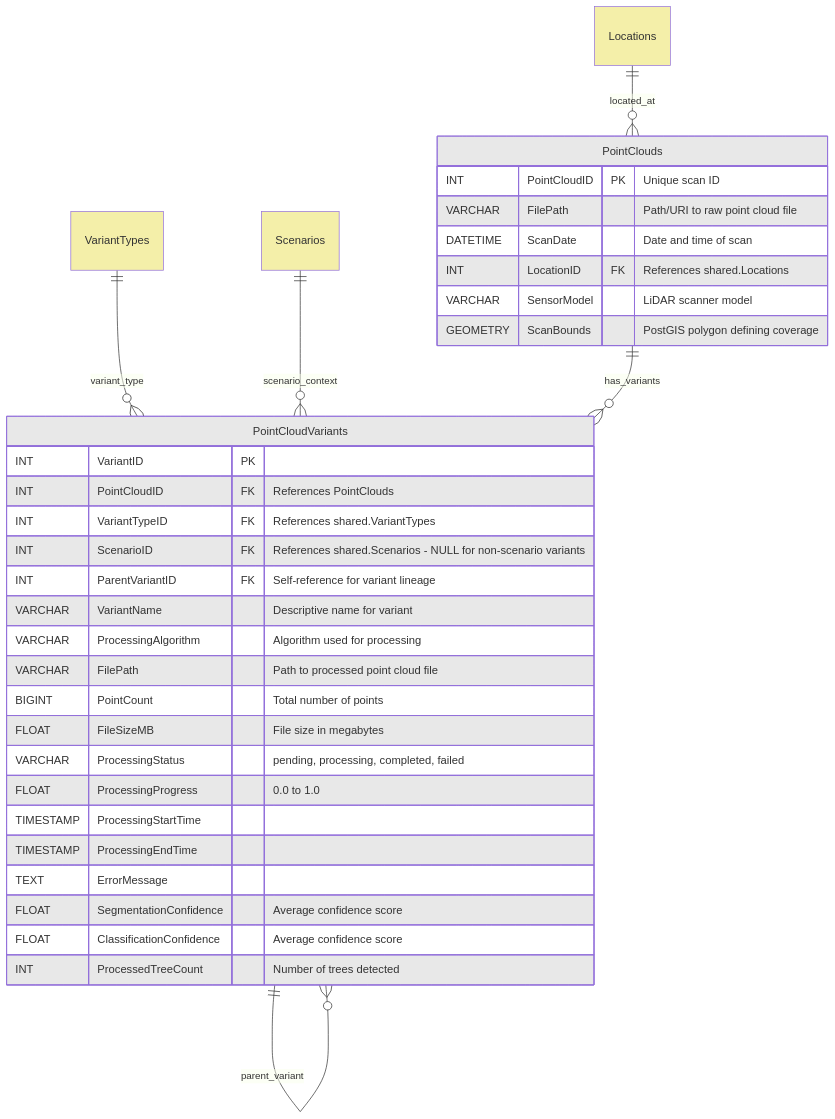
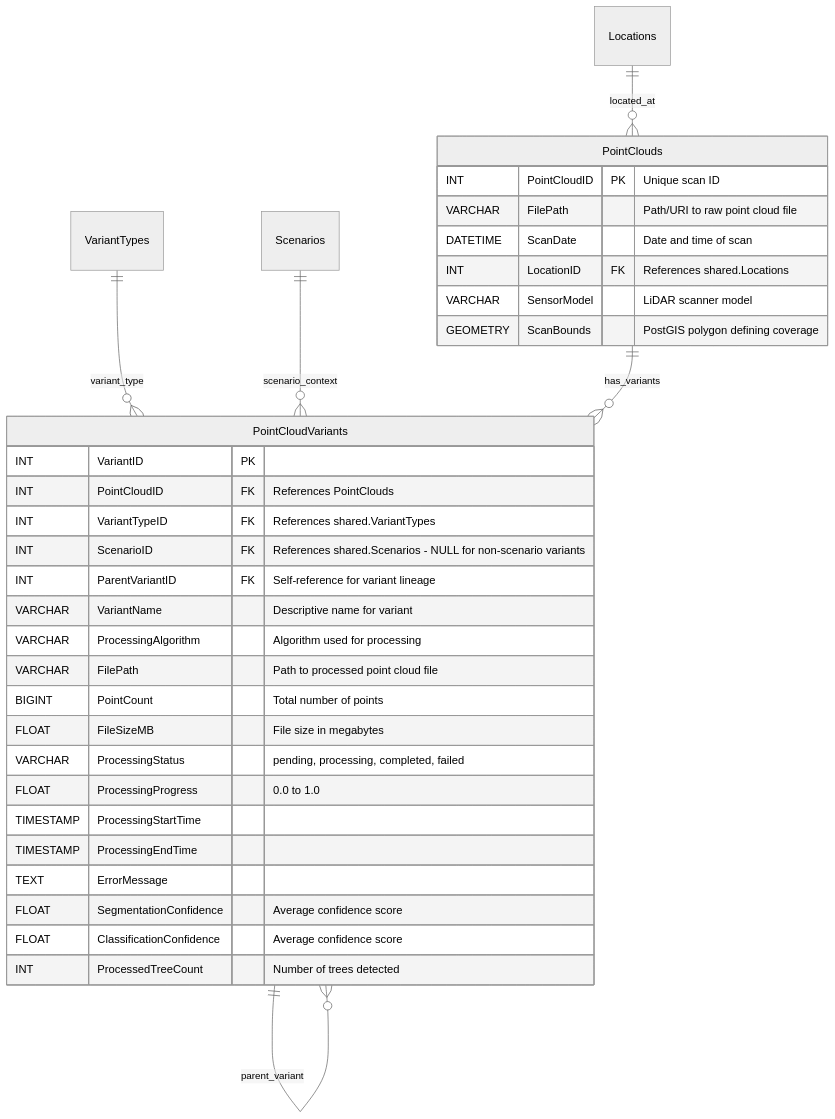
One commit to XRFutureForests/digital-twin-db changed the fifth of 8 diagrams in docs/architecture/database.md. Above: the diagram before and after it, drawn with Mermaid. The commit also changed other lines of this file and 3 other files, not shown here.

````diff
--- a/docs/architecture/database.md
+++ b/docs/architecture/database.md
@@ -154,47 +194,45 @@
 ```mermaid
+%%{init: {
+  "theme": "neutral"
+}}%%
 erDiagram
     Locations
     VariantTypes
     Scenarios
 
     PointClouds {
         INT PointCloudID PK "Unique scan ID"
         VARCHAR FilePath "Path/URI to raw point cloud file"
         DATETIME ScanDate "Date and time of scan"
         INT LocationID FK "References shared.Locations"
         VARCHAR SensorModel "LiDAR scanner model"
         GEOMETRY ScanBounds "PostGIS polygon defining coverage"
     }
 
     PointCloudVariants {
         INT VariantID PK
         INT PointCloudID FK "References PointClouds"
         INT VariantTypeID FK "References shared.VariantTypes"
         INT ScenarioID FK "References shared.Scenarios - NULL for non-scenario variants"
         INT ParentVariantID FK "Self-reference for variant lineage"
         VARCHAR VariantName "Descriptive name for variant"
         VARCHAR ProcessingAlgorithm "Algorithm used for processing"
         VARCHAR FilePath "Path to processed point cloud file"
         BIGINT PointCount "Total number of points"
         FLOAT FileSizeMB "File size in megabytes"
         VARCHAR ProcessingStatus "pending, processing, completed, failed"
         FLOAT ProcessingProgress "0.0 to 1.0"
         TIMESTAMP ProcessingStartTime
         TIMESTAMP ProcessingEndTime
         TEXT ErrorMessage
         FLOAT SegmentationConfidence "Average confidence score"
         FLOAT ClassificationConfidence "Average confidence score"
         INT ProcessedTreeCount "Number of trees detected"
     }
 
     Locations ||--o{ PointClouds : located_at
     VariantTypes ||--o{ PointCloudVariants : variant_type
     Scenarios ||--o{ PointCloudVariants : scenario_context
     PointClouds ||--o{ PointCloudVariants : has_variants
     PointCloudVariants ||--o{ PointCloudVariants : parent_variant
-
-    classDef shared fill:#F4EFA9
-    classDef pointcloud fill:#e8e8e8
-    class Locations,VariantTypes,Scenarios shared
-    class PointClouds,PointCloudVariants pointcloud
 ```
````
